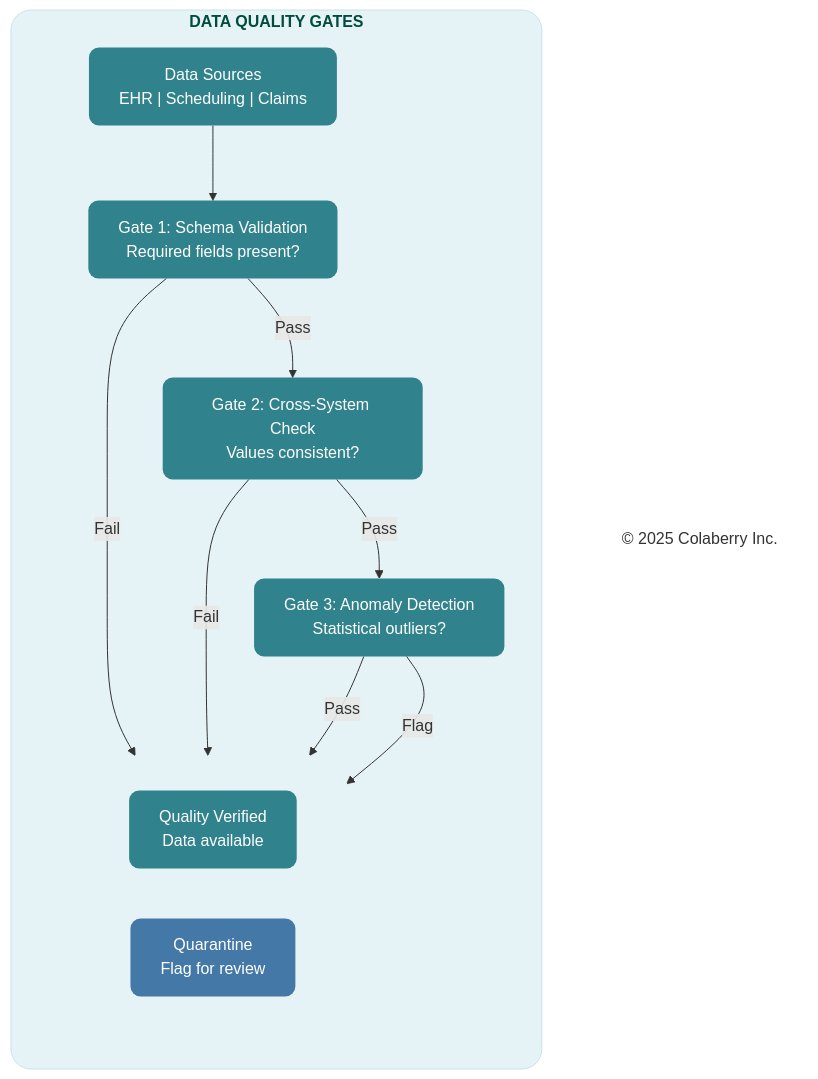
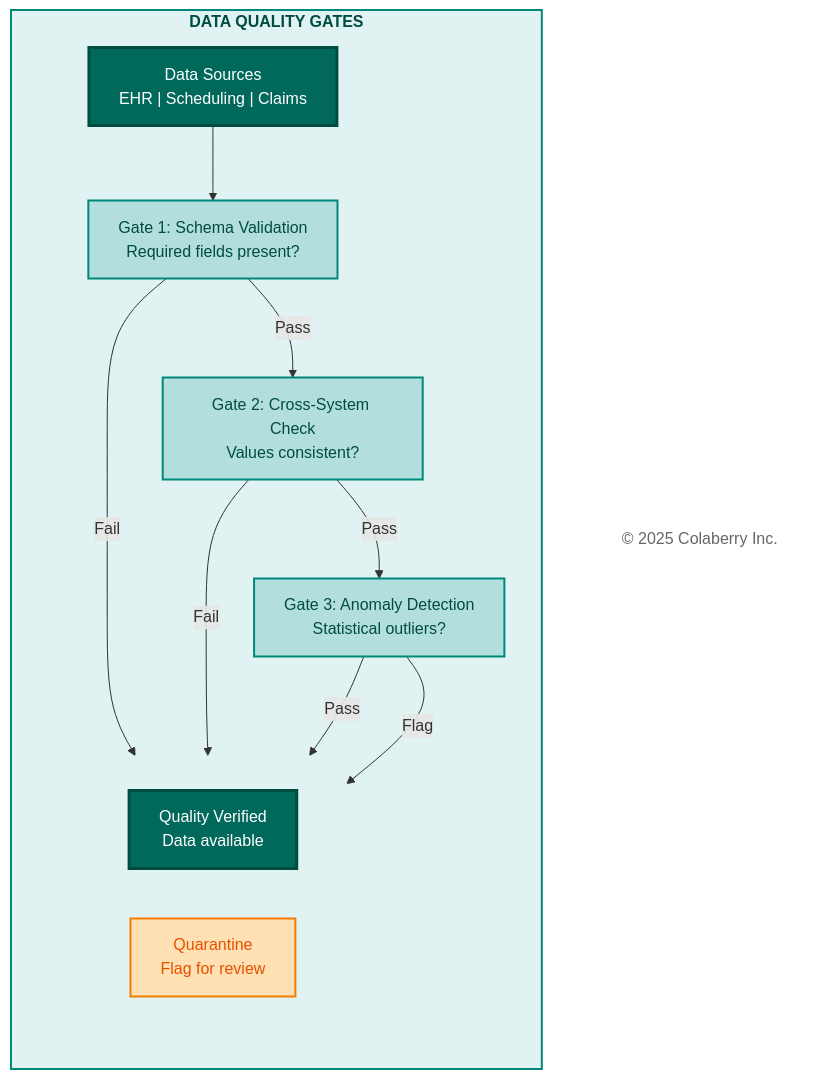
Before and after one commit to saitejesh-cyber/trust-before-intelligence-book: the sixth of 11 diagrams in manuscript/09_chapter_8_architecture_of_trust_in_action.md, drawn with Mermaid. The commit also changed other lines of this file and 12 other files, not shown here.

Commit message:
Restore legacy Mermaid styles for Option 1

````diff
--- a/manuscript/09_chapter_8_architecture_of_trust_in_action.md
+++ b/manuscript/09_chapter_8_architecture_of_trust_in_action.md
@@ -409,39 +409,39 @@
 ```mermaid
 
 graph TB
   subgraph QUALITY["<b>DATA QUALITY GATES</b>"]
     direction TB
     SOURCE["Data Sources<br/>EHR | Scheduling | Claims"]
     
     GATE1["Gate 1: Schema Validation<br/>Required fields present?"]
     GATE2["Gate 2: Cross-System Check<br/>Values consistent?"]
     GATE3["Gate 3: Anomaly Detection<br/>Statistical outliers?"]
     
     subgraph OUTCOMES[" "]
       direction LR
       PASS["Quality Verified<br/>Data available"]
       QUARANTINE["Quarantine<br/>Flag for review"]
     end
   end
   
   Copyright["© 2025 Colaberry Inc."]
   
   SOURCE --> GATE1
   GATE1 -->|"Pass"| GATE2
   GATE1 -->|"Fail"| QUARANTINE
   GATE2 -->|"Pass"| GATE3
   GATE2 -->|"Fail"| QUARANTINE
   GATE3 -->|"Pass"| PASS
   GATE3 -->|"Flag"| QUARANTINE
   
-  style QUALITY fill:#e6f3f6,stroke:#c7e3ea,stroke-width:1px,color:#004d40,rx:20,ry:20
-  style SOURCE fill:#30838C,stroke:none,color:#ffffff,rx:10,ry:10
-  style GATE1 fill:#30838C,stroke:none,color:#ffffff,rx:10,ry:10
-  style GATE2 fill:#30838C,stroke:none,color:#ffffff,rx:10,ry:10
-  style GATE3 fill:#30838C,stroke:none,color:#ffffff,rx:10,ry:10
+  style QUALITY fill:#e0f2f1,stroke:#00897b,stroke-width:2px,color:#004d40
+  style SOURCE fill:#00695c,color:#ffffff,stroke:#004d40,stroke-width:3px
+  style GATE1 fill:#b2dfdb,stroke:#00897b,stroke-width:2px,color:#004d40
+  style GATE2 fill:#b2dfdb,stroke:#00897b,stroke-width:2px,color:#004d40
+  style GATE3 fill:#b2dfdb,stroke:#00897b,stroke-width:2px,color:#004d40
   style OUTCOMES fill:none,stroke:none
-  style PASS fill:#30838C,stroke:none,color:#ffffff,rx:10,ry:10
-  style QUARANTINE fill:#4478A6,stroke:none,color:#ffffff,rx:10,ry:10
-  style Copyright fill:none,stroke:none,color:#333333
+  style PASS fill:#00695c,color:#ffffff,stroke:#004d40,stroke-width:3px
+  style QUARANTINE fill:#ffe0b2,stroke:#f57c00,stroke-width:2px,color:#e65100
+  style Copyright fill:#ffffff,stroke:none,color:#666666
 
 ```
````
